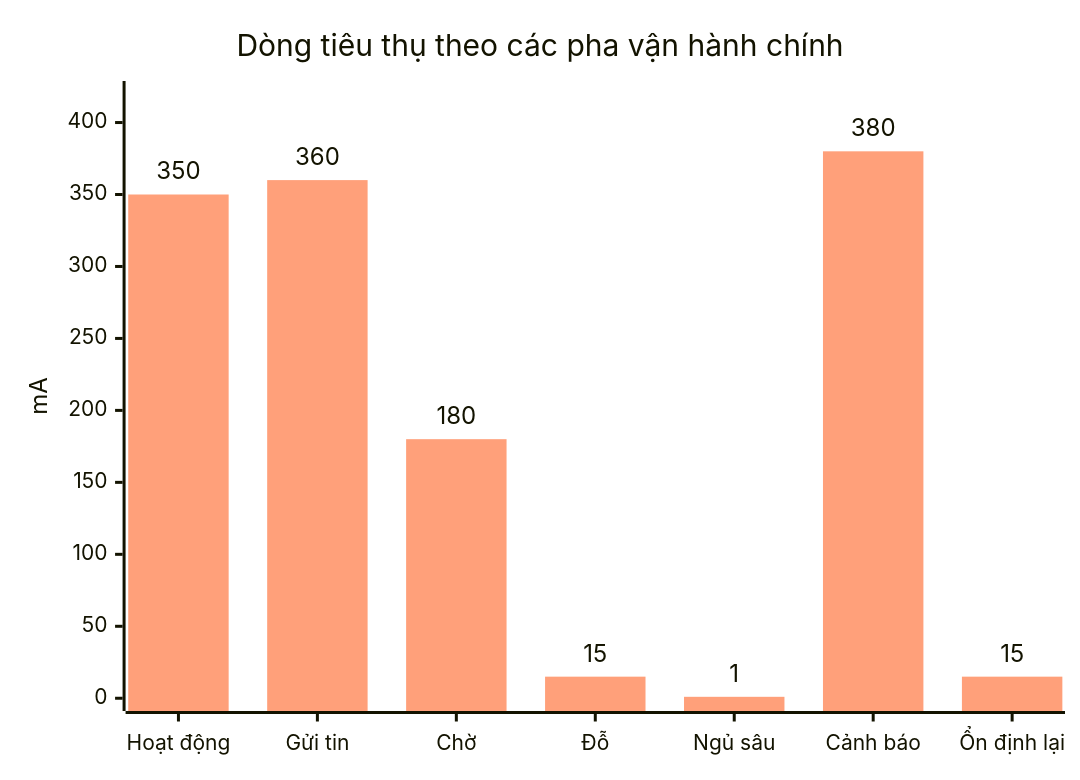
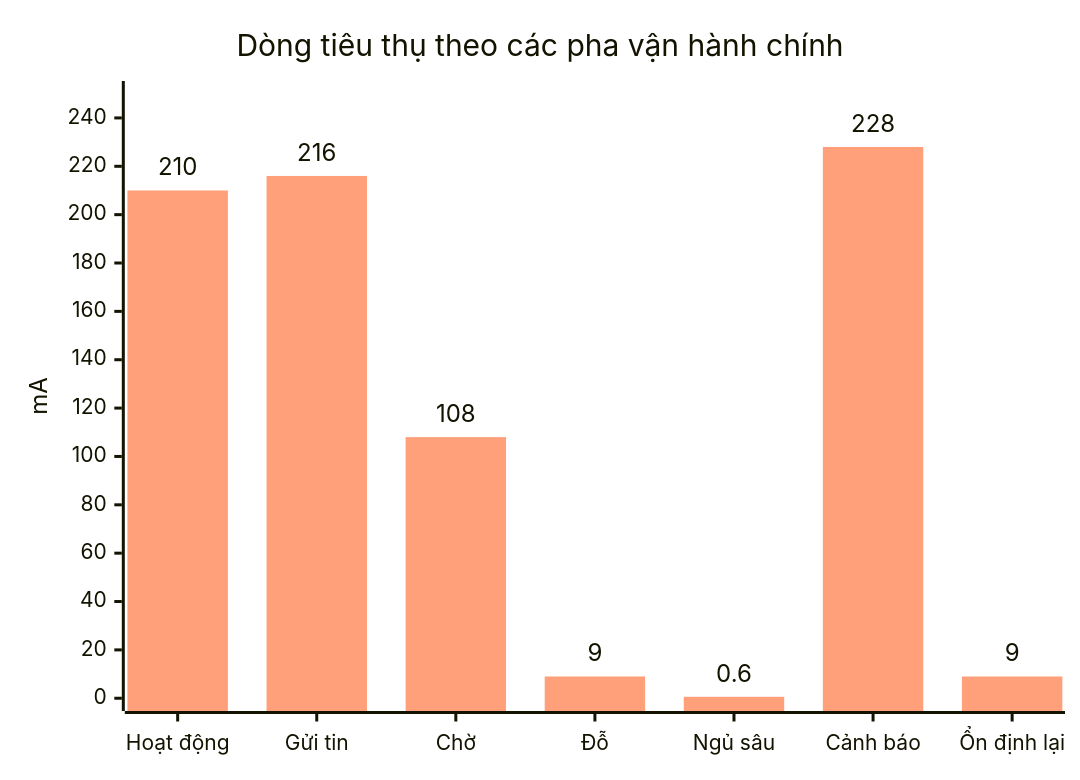
The diagram in resources/reports/thesis/final/assets/uml/10-chuong-4-ket-qua-do-luong-hinh-4-23.mmd (anmh1205/IoT_Vehicle_Tracking_System), drawn with Mermaid before and after one commit. The commit also changed 88 other files, not shown here.

```diff
--- a/resources/reports/thesis/final/assets/uml/10-chuong-4-ket-qua-do-luong-hinh-4-23.mmd
+++ b/resources/reports/thesis/final/assets/uml/10-chuong-4-ket-qua-do-luong-hinh-4-23.mmd
@@ -1,14 +1,14 @@
 ---
 config:
   xyChart:
     showDataLabel: true
     showDataLabelOutsideBar: true
   themeVariables:
     xyChart:
       plotColorPalette: "#FFA07A"
 ---
 xychart-beta
     title "Dòng tiêu thụ theo các pha vận hành chính"
     x-axis ["Hoạt động", "Gửi tin", "Chờ", "Đỗ", "Ngủ sâu", "Cảnh báo", "Ổn định lại"]
-    y-axis "mA" 0 --> 420
-    bar [350, 360, 180, 15, 1, 380, 15]
+    y-axis "mA" 0 --> 250
+    bar [210, 216, 108, 9, 0.6, 228, 9]
```
